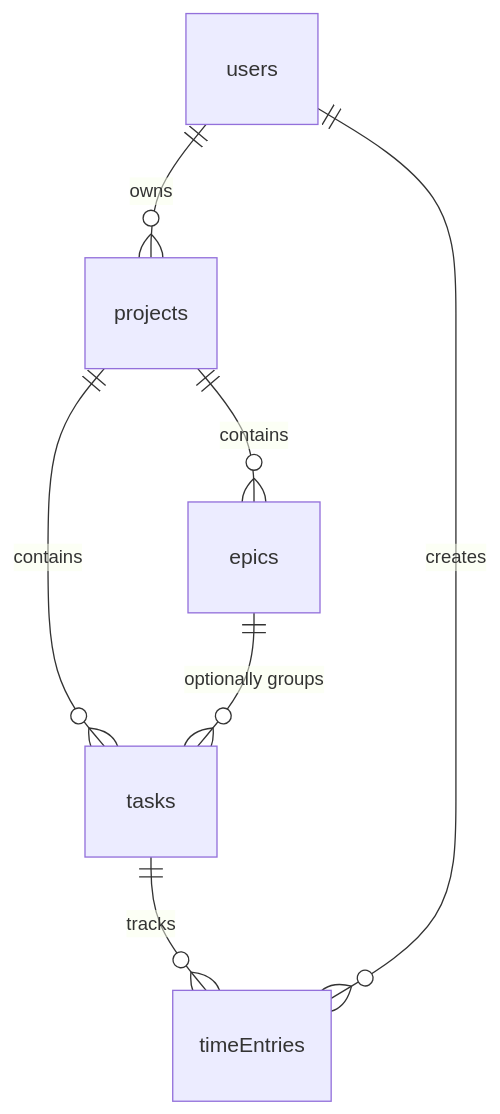
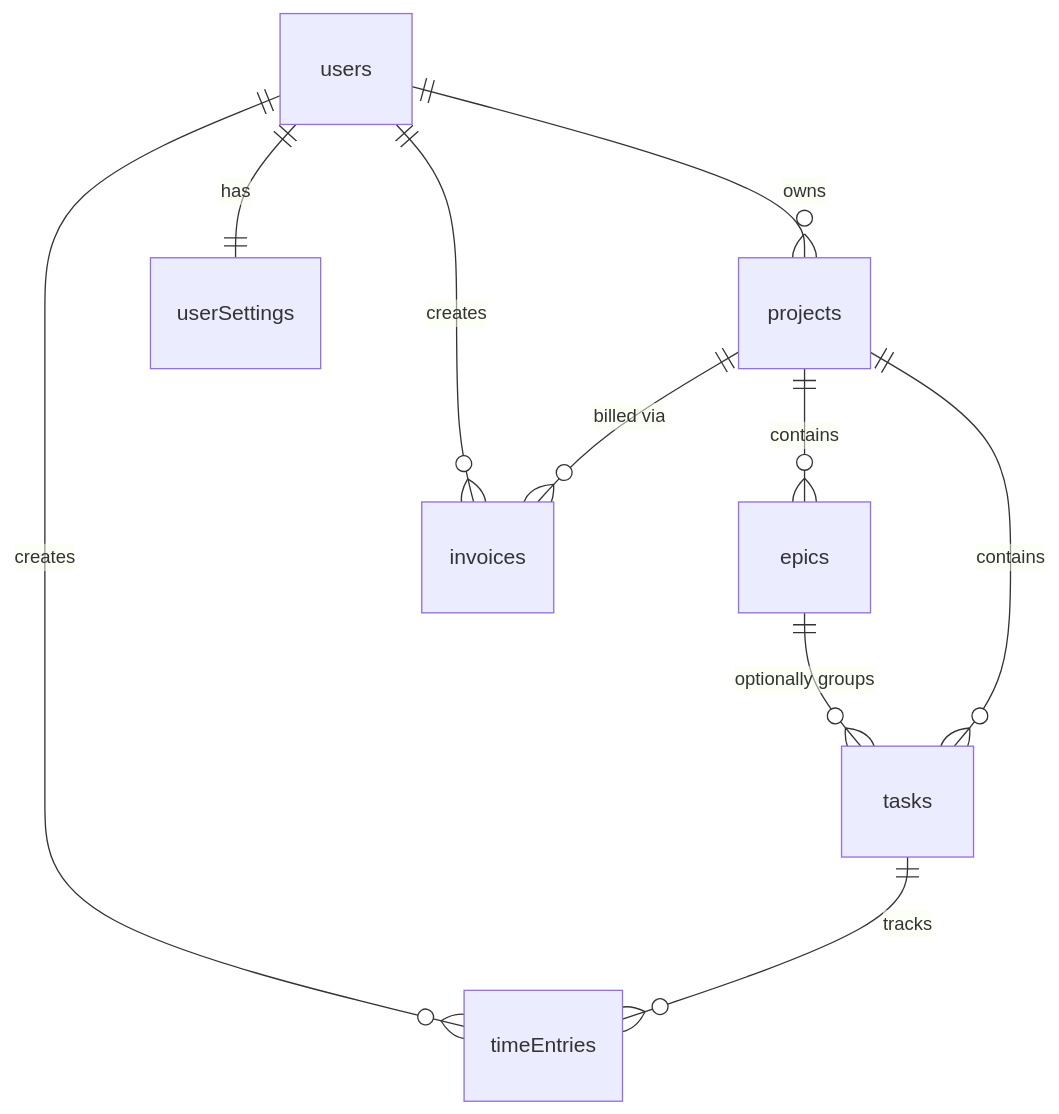
One commit to cardellinotech/velo changed the second of 2 diagrams in docs/prd.md. Above: the diagram before and after it, drawn with Mermaid. The commit also changed other lines of this file and 34 other files, not shown here.

````diff
--- a/docs/prd.md
+++ b/docs/prd.md
@@ -236,9 +304,12 @@
 ```mermaid
 erDiagram
     users ||--o{ projects : owns
+    users ||--|| userSettings : has
     projects ||--o{ epics : contains
     projects ||--o{ tasks : contains
+    projects ||--o{ invoices : "billed via"
     epics ||--o{ tasks : "optionally groups"
     tasks ||--o{ timeEntries : tracks
     users ||--o{ timeEntries : creates
+    users ||--o{ invoices : creates
 ```
````
